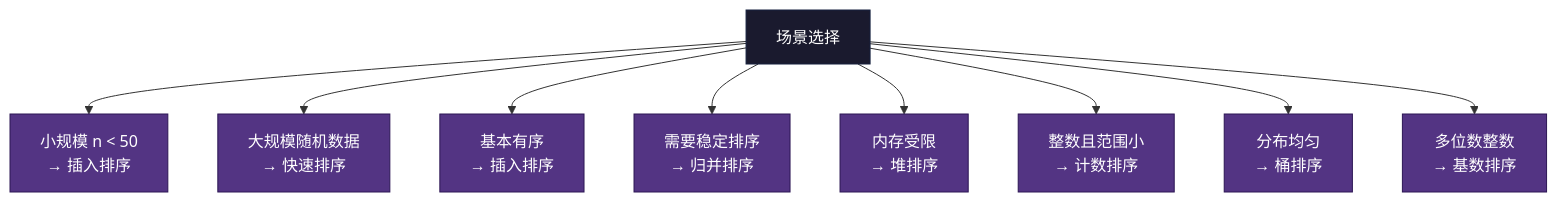
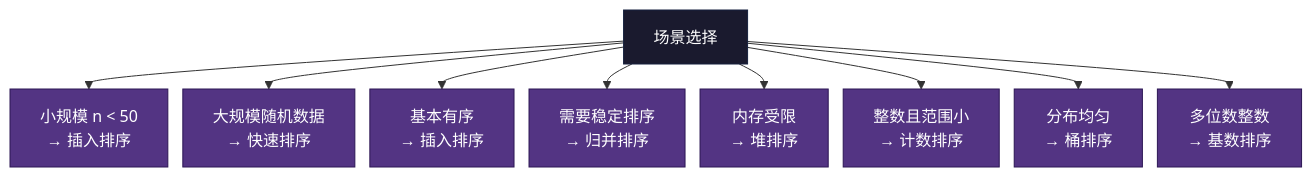
One commit to microwind/algorithms changed diagram 16 of 17 in sorting/README.md. Above: the diagram before and after it, drawn with Mermaid. The commit also changed other lines of this file and 3 other files, not shown here.

````diff
--- a/sorting/README.md
+++ b/sorting/README.md
@@ -543,18 +558,19 @@
 ```mermaid
+%%{init: {'flowchart': {'nodeSpacing': 15, 'rankSpacing': 25, 'padding': 15}}}%%
 graph TD
     SCENE["场景选择"]
     SCENE --> SMALL["小规模 n < 50<br/>→ 插入排序"]
     SCENE --> LARGE["大规模随机数据<br/>→ 快速排序"]
     SCENE --> ORDERED["基本有序<br/>→ 插入排序"]
     SCENE --> NEED_STABLE["需要稳定排序<br/>→ 归并排序"]
     SCENE --> MEM["内存受限<br/>→ 堆排序"]
     SCENE --> INT["整数且范围小<br/>→ 计数排序"]
     SCENE --> UNIFORM["分布均匀<br/>→ 桶排序"]
     SCENE --> DIGIT["多位数整数<br/>→ 基数排序"]
 
     classDef root fill:#1a1a2e,color:#fff,stroke:#16213e
     classDef scene fill:#533483,color:#fff,stroke:#2c1654
 
     class SCENE root
     class SMALL,LARGE,ORDERED,NEED_STABLE,MEM,INT,UNIFORM,DIGIT scene
 ```
````
